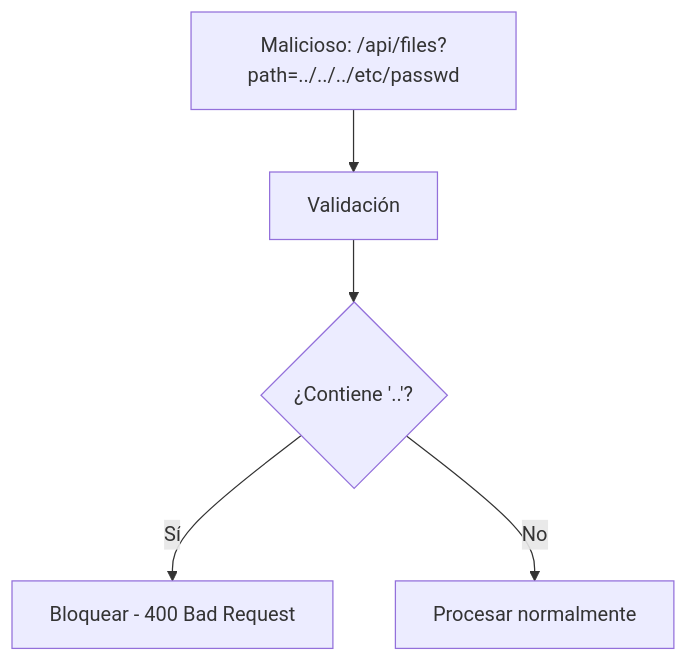
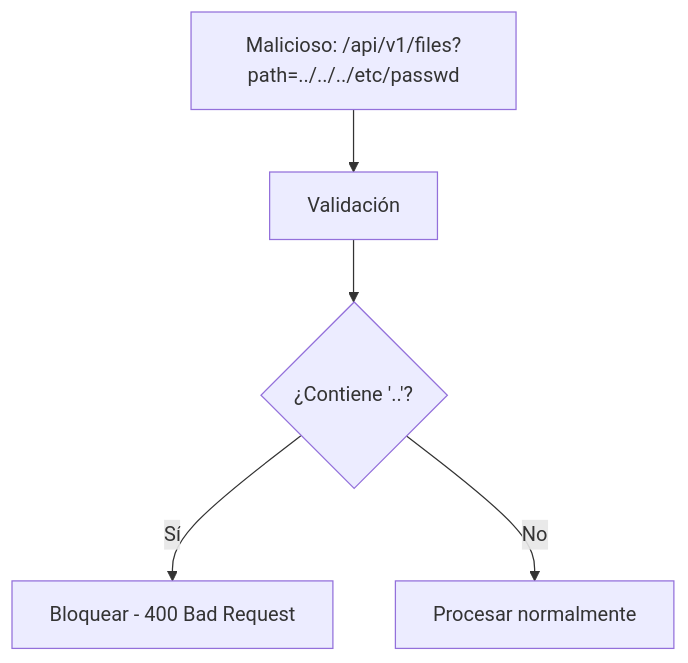
Before and after one commit to joseluisgs/TiendaDawApi-NetCore: the third of 4 diagrams in doc/20-file-storage.md, drawn with Mermaid. The commit also changed other lines of this file and 237 other files, not shown here.

````diff
--- a/doc/20-file-storage.md
+++ b/doc/20-file-storage.md
@@ -549,7 +552,7 @@
 ```mermaid
 flowchart TD
-    A["Malicioso: /api/files?path=../../../etc/passwd"] --> B["Validación"]
+    A["Malicioso: /api/v1/files?path=../../../etc/passwd"] --> B["Validación"]
     B --> C{"¿Contiene '..'?"}
     C -->|Sí| D["Bloquear - 400 Bad Request"]
     C -->|No| E["Procesar normalmente"]
 ```
````
